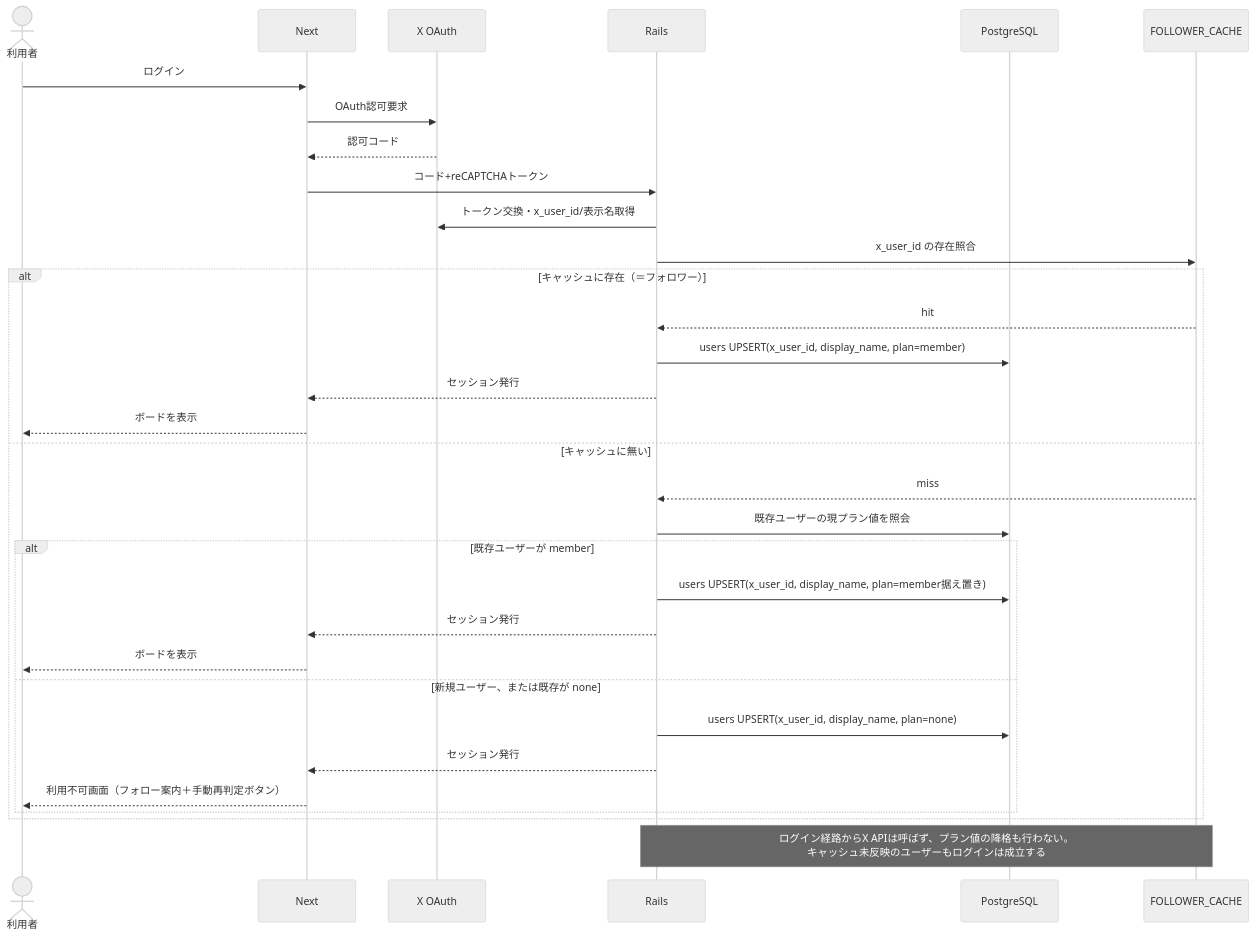
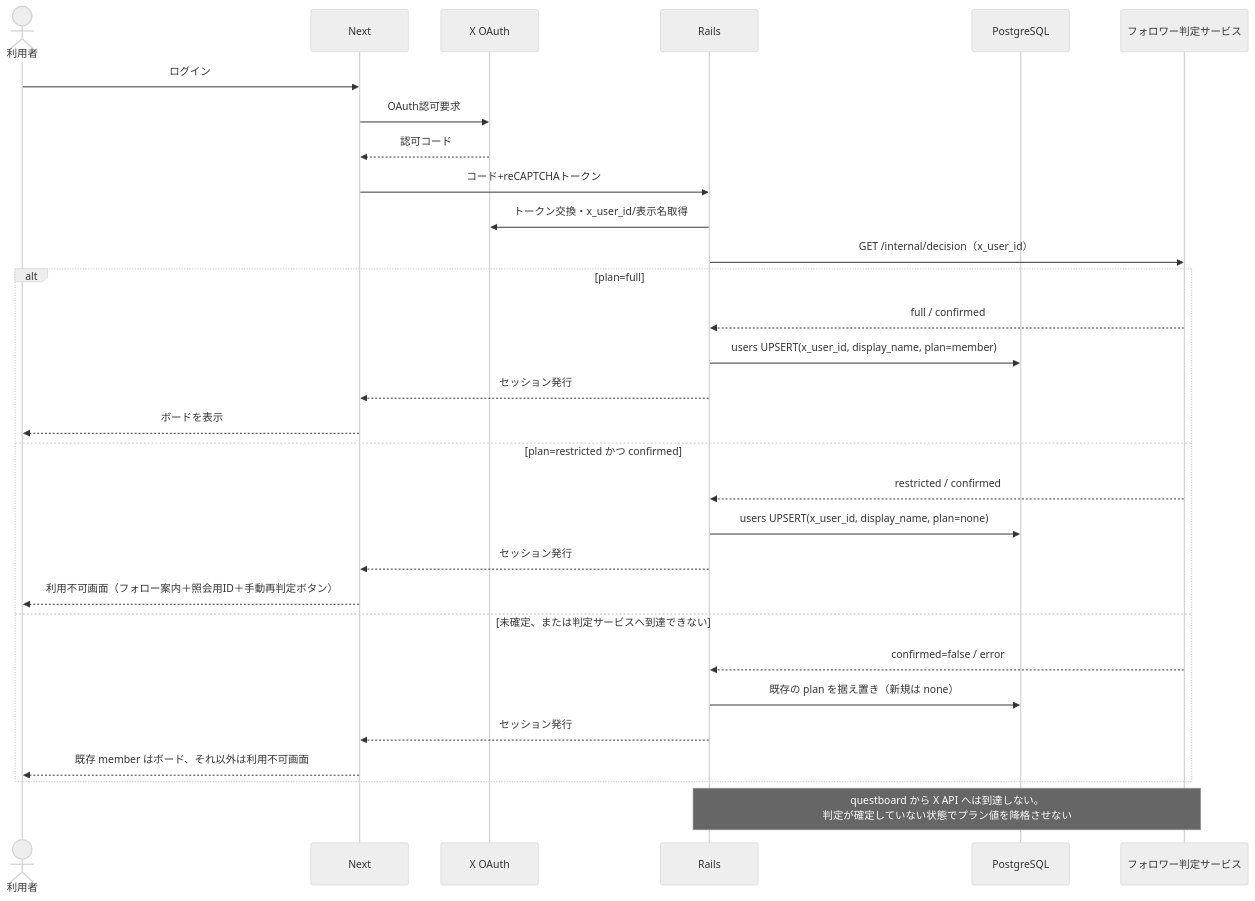
Before and after one commit to rictaworks/questboard: the fifth of 12 diagrams in questboard_design_document.md, drawn with Mermaid (neutral theme). The commit also changed other lines of this file and 51 other files, not shown here.

First line of the commit message:
[機能] フォロワー判定を x-follower-gate へ委譲する (#254)

````diff
--- a/questboard_design_document.md
+++ b/questboard_design_document.md
@@ -384,35 +381,33 @@
 ```mermaid
 sequenceDiagram
     actor U as 利用者
     participant FE as Next
     participant X as X OAuth
     participant API as Rails
     participant DB as PostgreSQL
-    participant CACHE as FOLLOWER_CACHE
+    participant GATE as フォロワー判定サービス
 
     U->>FE: ログイン
     FE->>X: OAuth認可要求
     X-->>FE: 認可コード
     FE->>API: コード+reCAPTCHAトークン
     API->>X: トークン交換・x_user_id/表示名取得
-    API->>CACHE: x_user_id の存在照合
-    alt キャッシュに存在（＝フォロワー）
-        CACHE-->>API: hit
+    API->>GATE: GET /internal/decision（x_user_id）
+    alt plan=full
+        GATE-->>API: full / confirmed
         API->>DB: users UPSERT(x_user_id, display_name, plan=member)
         API-->>FE: セッション発行
         FE-->>U: ボードを表示
-    else キャッシュに無い
-        CACHE-->>API: miss
-        API->>DB: 既存ユーザーの現プラン値を照会
-        alt 既存ユーザーが member
-            API->>DB: users UPSERT(x_user_id, display_name, plan=member据え置き)
-            API-->>FE: セッション発行
-            FE-->>U: ボードを表示
-        else 新規ユーザー、または既存が none
-            API->>DB: users UPSERT(x_user_id, display_name, plan=none)
-            API-->>FE: セッション発行
-            FE-->>U: 利用不可画面（フォロー案内＋手動再判定ボタン）
-        end
+    else plan=restricted かつ confirmed
+        GATE-->>API: restricted / confirmed
+        API->>DB: users UPSERT(x_user_id, display_name, plan=none)
+        API-->>FE: セッション発行
+        FE-->>U: 利用不可画面（フォロー案内＋照会用ID＋手動再判定ボタン）
+    else 未確定、または判定サービスへ到達できない
+        GATE-->>API: confirmed=false / error
+        API->>DB: 既存の plan を据え置き（新規は none）
+        API-->>FE: セッション発行
+        FE-->>U: 既存 member はボード、それ以外は利用不可画面
     end
-    Note over API,CACHE: ログイン経路からX APIは呼ばず、プラン値の降格も行わない。<br/>キャッシュ未反映のユーザーもログインは成立する
+    Note over API,GATE: questboard から X API へは到達しない。<br/>判定が確定していない状態でプラン値を降格させない
 ```
````
